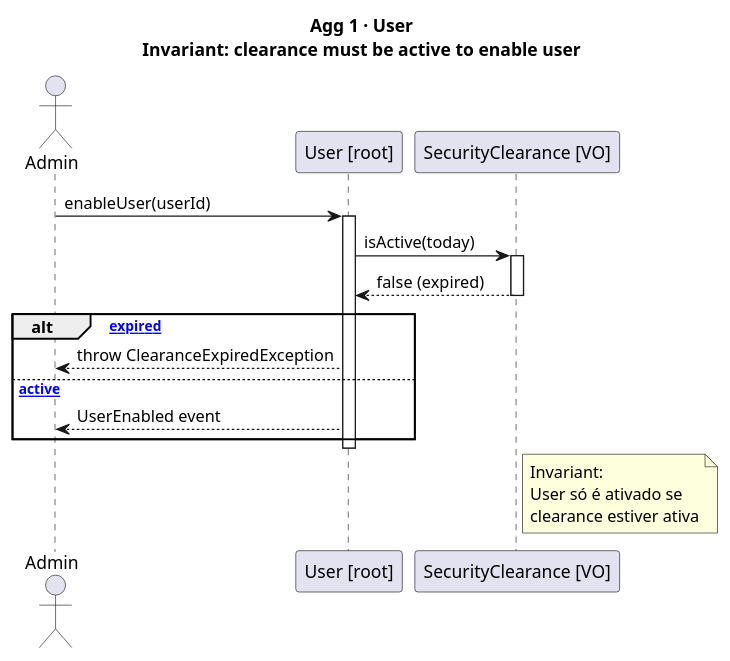
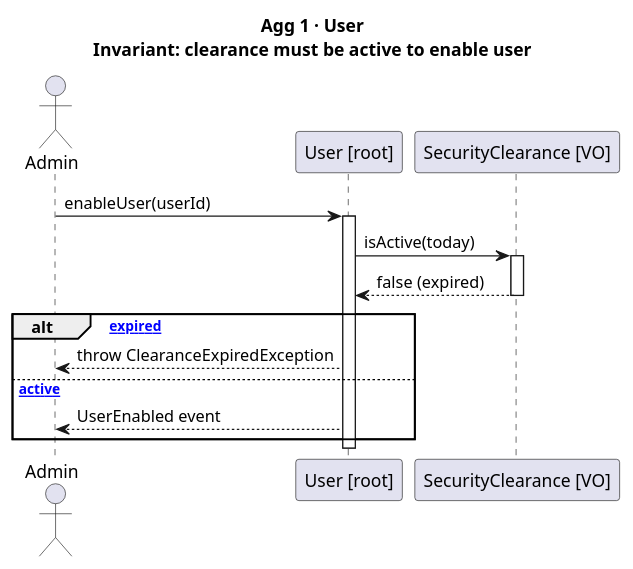
One commit to DuartePinto1240/sem4pi2526-sem4pi2526_2da2 changed the diagram in docs/Agg01.puml. Above: the diagram before and after it, drawn with PlantUML. The commit also changed 2 other files, not shown here.

```diff
--- a/docs/Agg01.puml
+++ b/docs/Agg01.puml
@@ -1,30 +1,25 @@
 @startuml US011_Agg01_User
 title Agg 1 · User\nInvariant: clearance must be active to enable user
 
 actor Admin
 participant "User [root]" as User
 participant "SecurityClearance [VO]" as SC
 
 Admin -> User : enableUser(userId)
 activate User
 
 User -> SC : isActive(today)
 activate SC
 SC --> User : false (expired)
 deactivate SC
 
 alt [clearance expired]
     User --> Admin : throw ClearanceExpiredException
 else [clearance active]
     User --> Admin : UserEnabled event
 end
 
 deactivate User
 
-note right of SC
-  Invariant:
-  User só é ativado se
-  clearance estiver ativa
-end note
 
 @enduml
```
